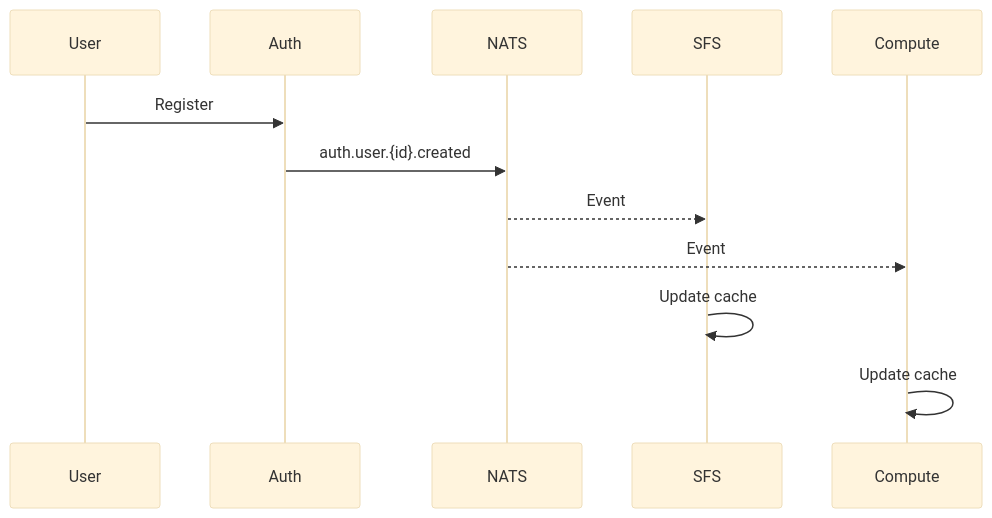
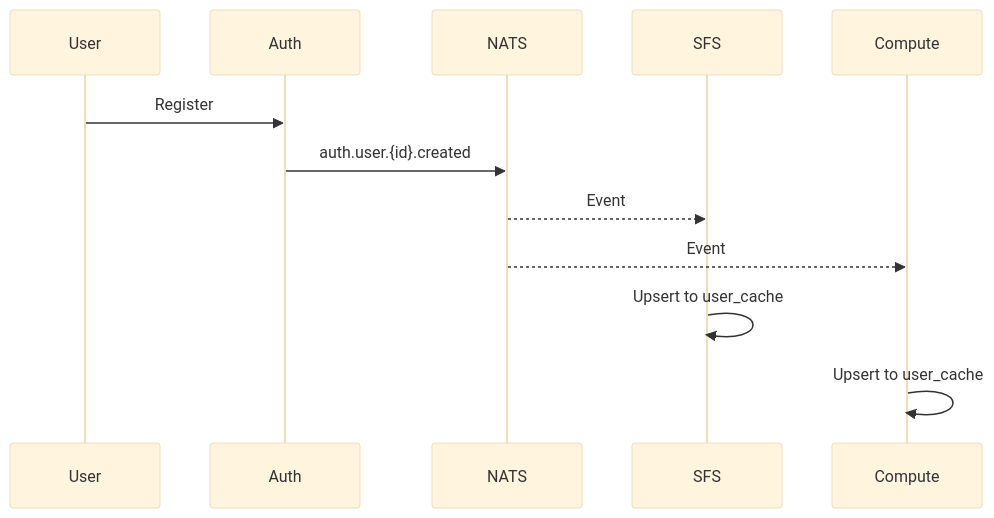
The first of 3 diagrams in docs/infrastructure/event-driven.md (EddisonSo/cloud), drawn with Mermaid (base theme) before and after one commit. The commit also changed other lines of this file, not shown here.

First line of the commit message:
Update event-driven architecture documentation

````diff
--- a/docs/infrastructure/event-driven.md
+++ b/docs/infrastructure/event-driven.md
@@ -31,15 +47,15 @@
 ```mermaid
 sequenceDiagram
     participant User
     participant Auth
     participant NATS
     participant SFS
     participant Compute
 
     User->>Auth: Register
     Auth->>NATS: auth.user.{id}.created
     NATS-->>SFS: Event
     NATS-->>Compute: Event
-    SFS->>SFS: Update cache
-    Compute->>Compute: Update cache
+    SFS->>SFS: Upsert to user_cache
+    Compute->>Compute: Upsert to user_cache
 ```
````
